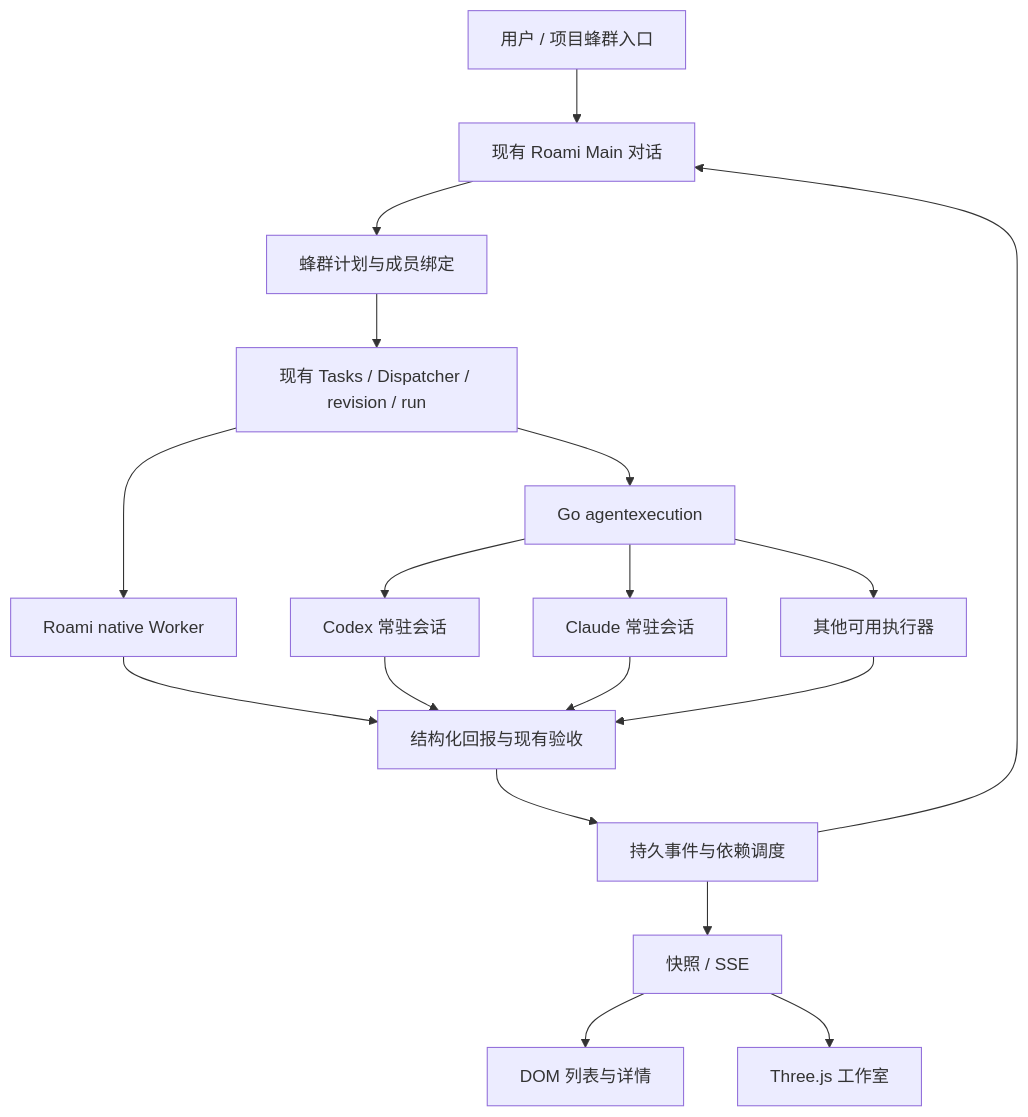
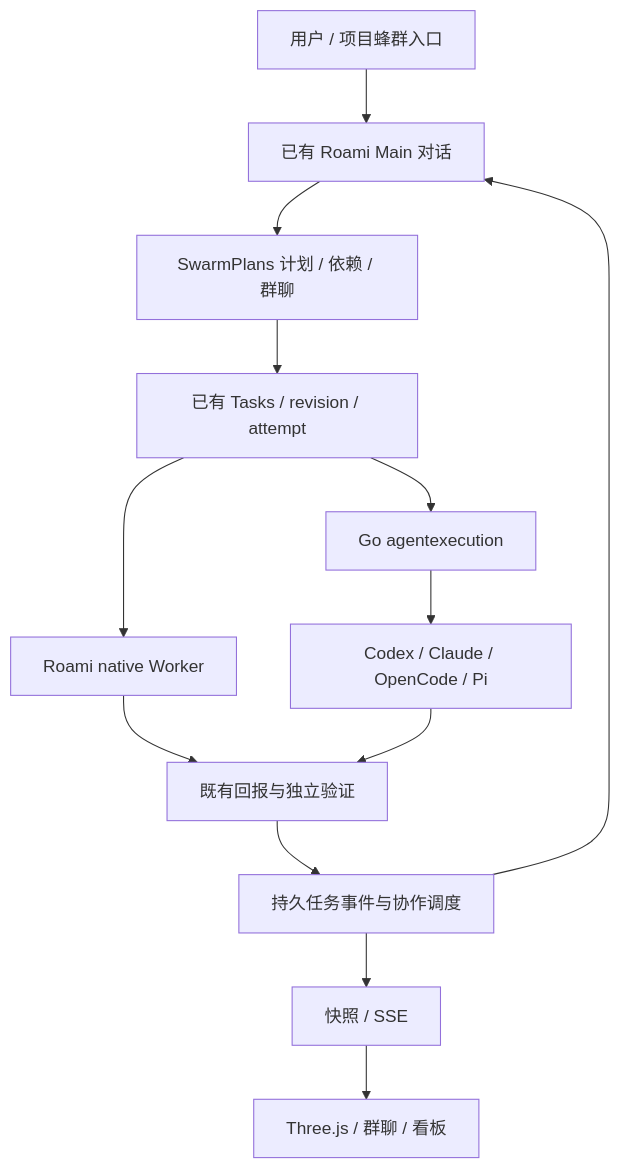
One commit to ybz21/Roami changed the diagram in docs/design/20261103-swarm-main-three/technical-design.md. Above: the diagram before and after it, drawn with Mermaid. The commit also changed other lines of this file and 92 other files, not shown here.

Commit message:
refactor(swarm)!: 移除旧蜂群并统一 Main 协作入口

````diff
--- a/docs/design/20261103-swarm-main-three/technical-design.md
+++ b/docs/design/20261103-swarm-main-three/technical-design.md
@@ -24,20 +7,15 @@
 ```mermaid
 flowchart TD
-  U[用户 / 项目蜂群入口] --> M[现有 Roami Main 对话]
-  M --> P[蜂群计划与成员绑定]
-  P --> T[现有 Tasks / Dispatcher / revision / run]
+  U[用户 / 项目蜂群入口] --> M[已有 Roami Main 对话]
+  M --> P[SwarmPlans 计划 / 依赖 / 群聊]
+  P --> T[已有 Tasks / revision / attempt]
   T --> N[Roami native Worker]
   T --> G[Go agentexecution]
-  G --> C[Codex 常驻会话]
-  G --> A[Claude 常驻会话]
-  G --> E[其他可用执行器]
-  N --> R[结构化回报与现有验收]
+  G --> C[Codex / Claude / OpenCode / Pi]
+  N --> R[既有回报与独立验证]
   C --> R
-  A --> R
-  E --> R
-  R --> J[持久事件与依赖调度]
+  R --> J[持久任务事件与协作调度]
   J --> M
   J --> V[快照 / SSE]
-  V --> D[DOM 列表与详情]
-  V --> W[Three.js 工作室]
+  V --> W[Three.js / 群聊 / 看板]
 ```
````
